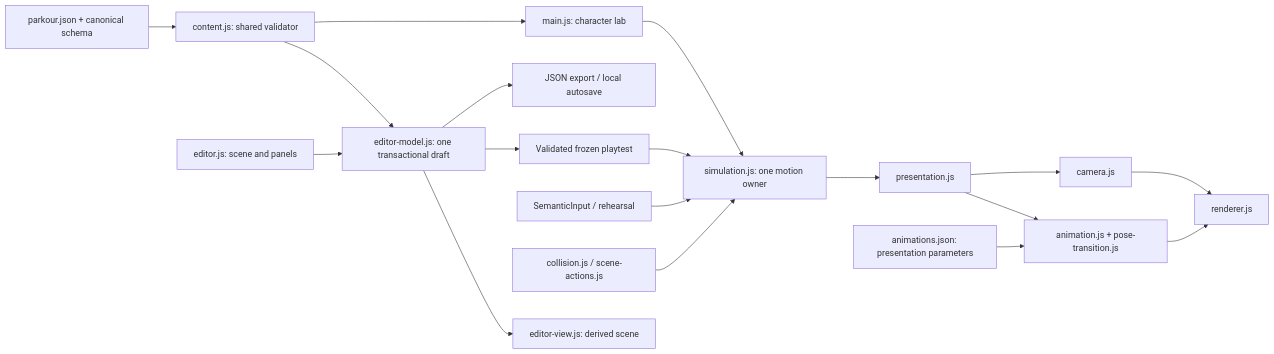
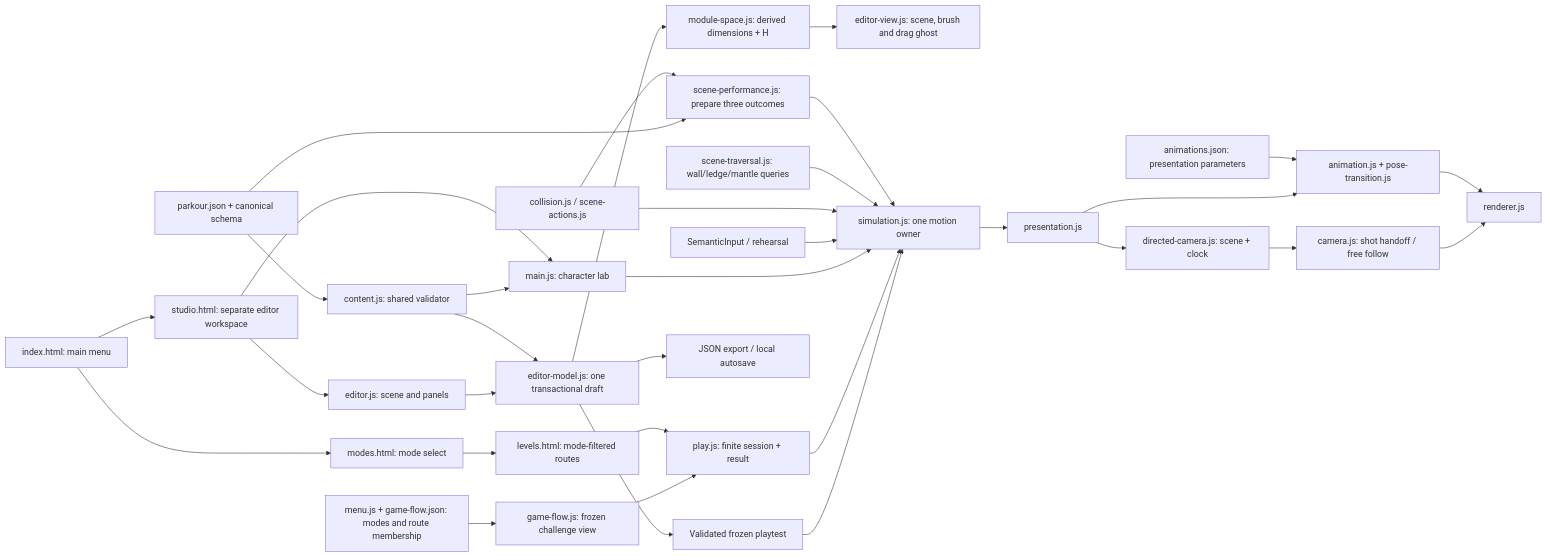
The diagram in Documents/Current/modules.md (spathering/polyu-ap-a3), drawn with Mermaid before and after one commit. The commit also changed other lines of this file and 74 other files, not shown here.

Commit message:
Add game menus, campaign levels, and directed parkour scenes

````diff
--- a/Documents/Current/modules.md
+++ b/Documents/Current/modules.md
@@ -21,20 +23,35 @@
 ```mermaid
 flowchart LR
     Package["parkour.json + canonical schema"] --> Validate["content.js: shared validator"]
     Studio["editor.js: scene and panels"] --> Draft["editor-model.js: one transactional draft"]
     Validate --> Draft
-    Draft --> Scene["editor-view.js: derived scene"]
+    Draft --> Space["module-space.js: derived dimensions + H"]
+    Space --> Scene["editor-view.js: scene, brush and drag ghost"]
     Draft --> Snapshot["Validated frozen playtest"]
     Snapshot --> Sim["simulation.js: one motion owner"]
     Validate --> Lab["main.js: character lab"]
+    Menu["menu.js + game-flow.json: modes and route membership"] --> Challenge["game-flow.js: frozen challenge view"]
+    Challenge --> Play["play.js: finite session + result"]
+    Home["index.html: main menu"] --> Modes["modes.html: mode select"]
+    Modes --> Select["levels.html: mode-filtered routes"]
+    Select --> Play
+    Home --> Hub["studio.html: separate editor workspace"]
+    Hub --> Studio
+    Hub --> Lab
+    Play --> Sim
     Lab --> Sim
     Input["SemanticInput / rehearsal"] --> Sim
     Queries["collision.js / scene-actions.js"] --> Sim
+    Traversal["scene-traversal.js: wall/ledge/mantle queries"] --> Sim
+    Package --> Prepare["scene-performance.js: prepare three outcomes"]
+    Queries --> Prepare
+    Prepare --> Sim
     Sim --> Interpolate["presentation.js"]
     Interpolate --> Pose["animation.js + pose-transition.js"]
     Catalog["animations.json: presentation parameters"] --> Pose
-    Interpolate --> Camera["camera.js"]
+    Interpolate --> Rail["directed-camera.js: scene + clock"]
+    Rail --> Camera["camera.js: shot handoff / free follow"]
     Camera --> Render["renderer.js"]
     Pose --> Render
     Draft --> Save["JSON export / local autosave"]
 ```
````
